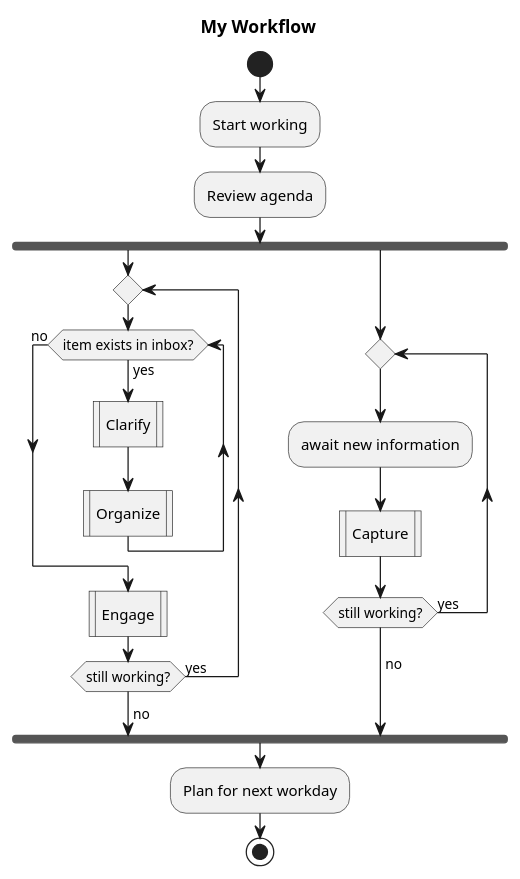
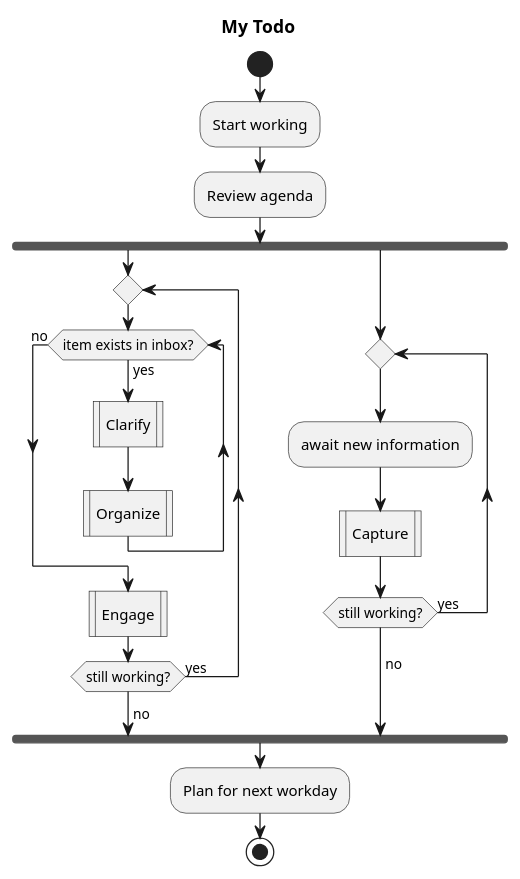
One commit to genenakagaki/myconfig changed the first of 4 diagrams in emacs/org-mode/config.org. Above: the diagram before and after it, drawn with PlantUML. The commit also changed other lines of this file, not shown here.

```diff
--- a/emacs/org-mode/config.org
+++ b/emacs/org-mode/config.org
@@ -152,28 +152,28 @@
-#+begin_src plantuml :tangle no :file workflow-overview.png
+#+begin_src plantuml :tangle no :file mytodo-overview.png
   @startuml
-  title My Workflow
+  title My Todo
 
   start
   :Start working;
   :Review agenda;
   fork
           repeat
                   while (item exists in inbox?) is (yes)
                           :Clarify|
                           :Organize|
                   endwhile (no)
                   :Engage|
           repeat while (still working?) is (yes)
           ->no;
           fork again
           repeat  
                   :await new information;
                   :Capture|
           repeat while (still working?) is (yes)
           ->no;
   end fork
 
   :Plan for next workday;
   stop
   @enduml
 #+end_src
```
